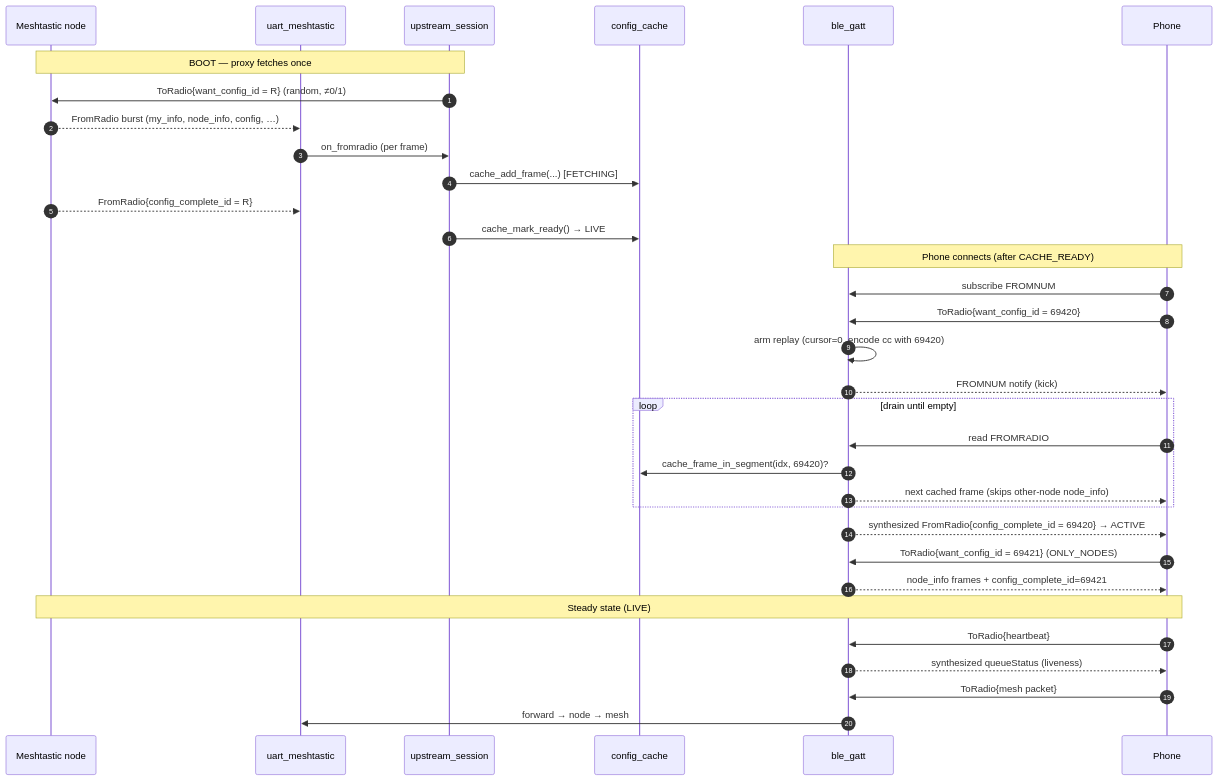
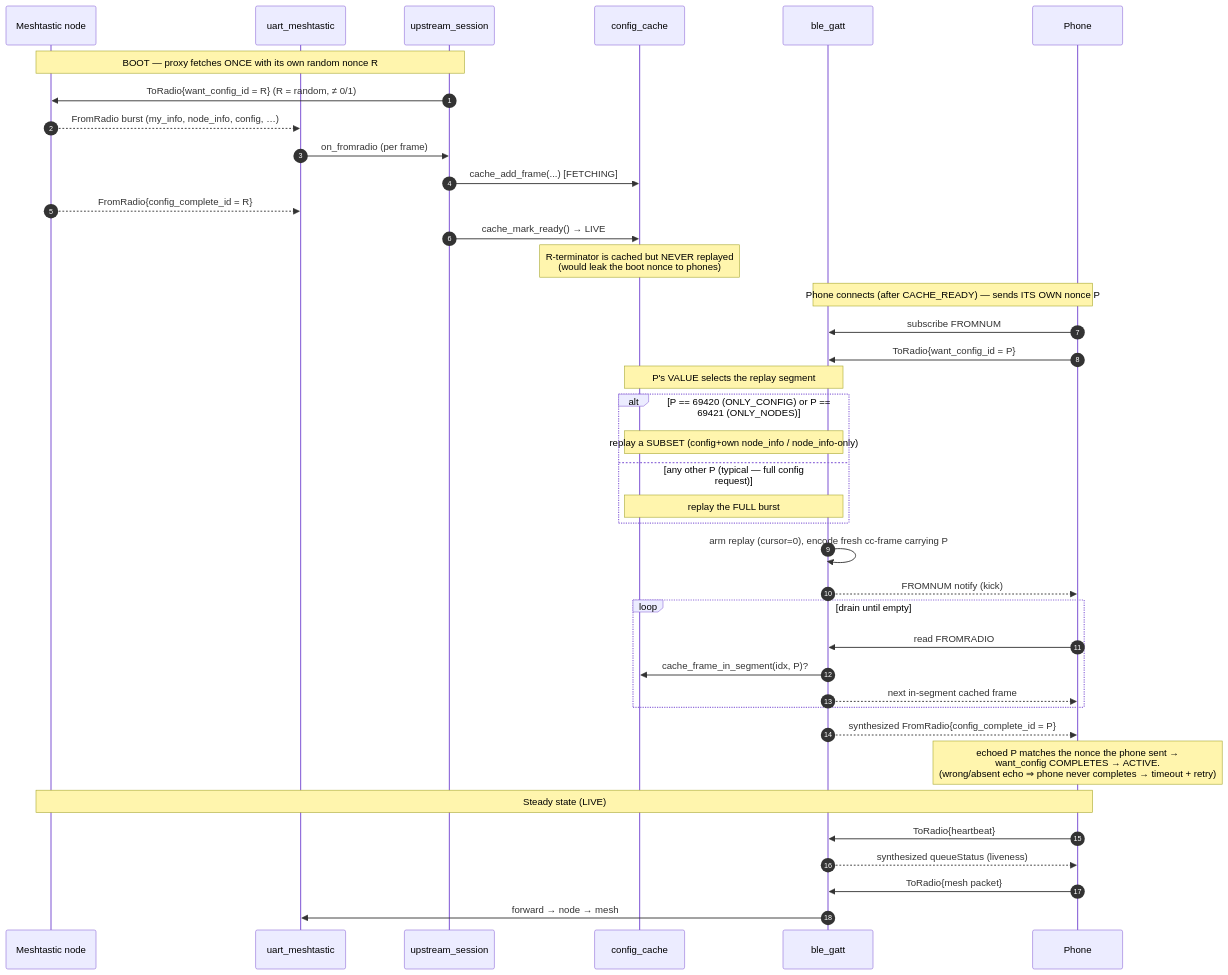
Before and after one commit to OF306PUC/meshtastic-ble-proxy: the sixth of 9 diagrams in docs/ARCHITECTURE.md, drawn with Mermaid. The commit also changed other lines of this file and 12 other files, not shown here.

First line of the commit message:
docs: clarify nonce roles in want_config flow; drop internal refs

````diff
--- a/docs/ARCHITECTURE.md
+++ b/docs/ARCHITECTURE.md
@@ -199,39 +199,46 @@
 ```mermaid
 sequenceDiagram
     autonumber
     participant N as Meshtastic node
     participant U as uart_meshtastic
     participant US as upstream_session
     participant CC as config_cache
     participant BG as ble_gatt
     participant P as Phone
 
-    Note over US,N: BOOT — proxy fetches once
-    US->>N: ToRadio{want_config_id = R} (random, ≠0/1)
+    Note over US,N: BOOT — proxy fetches ONCE with its own random nonce R
+    US->>N: ToRadio{want_config_id = R} (R = random, ≠ 0/1)
     N-->>U: FromRadio burst (my_info, node_info, config, …)
     U->>US: on_fromradio (per frame)
     US->>CC: cache_add_frame(...)  [FETCHING]
     N-->>U: FromRadio{config_complete_id = R}
     US->>CC: cache_mark_ready()  → LIVE
+    Note over CC: R-terminator is cached but NEVER replayed<br/>(would leak the boot nonce to phones)
 
-    Note over P,BG: Phone connects (after CACHE_READY)
+    Note over P,BG: Phone connects (after CACHE_READY) — sends ITS OWN nonce P
     P->>BG: subscribe FROMNUM
-    P->>BG: ToRadio{want_config_id = 69420}
-    BG->>BG: arm replay (cursor=0, encode cc with 69420)
+    P->>BG: ToRadio{want_config_id = P}
+
+    Note over BG,CC: P's VALUE selects the replay segment
+    alt P == 69420 (ONLY_CONFIG) or P == 69421 (ONLY_NODES)
+        Note over BG,CC: replay a SUBSET (config+own node_info / node_info-only)
+    else any other P  (typical — full config request)
+        Note over BG,CC: replay the FULL burst
+    end
+
+    BG->>BG: arm replay (cursor=0), encode fresh cc-frame carrying P
     BG-->>P: FROMNUM notify (kick)
     loop drain until empty
         P->>BG: read FROMRADIO
-        BG->>CC: cache_frame_in_segment(idx, 69420)?
-        BG-->>P: next cached frame (skips other-node node_info)
+        BG->>CC: cache_frame_in_segment(idx, P)?
+        BG-->>P: next in-segment cached frame
     end
-    BG-->>P: synthesized FromRadio{config_complete_id = 69420} → ACTIVE
-
-    P->>BG: ToRadio{want_config_id = 69421}  (ONLY_NODES)
-    BG-->>P: node_info frames + config_complete_id=69421
+    BG-->>P: synthesized FromRadio{config_complete_id = P}
+    Note over P: echoed P matches the nonce the phone sent →<br/>want_config COMPLETES → ACTIVE.<br/>(wrong/absent echo ⇒ phone never completes → timeout + retry)
 
     Note over P,N: Steady state (LIVE)
     P->>BG: ToRadio{heartbeat}
     BG-->>P: synthesized queueStatus (liveness)
     P->>BG: ToRadio{mesh packet}
     BG->>U: forward → node → mesh
 ```
````
